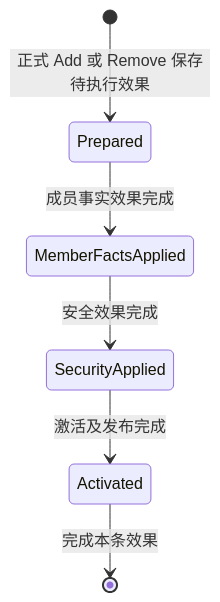
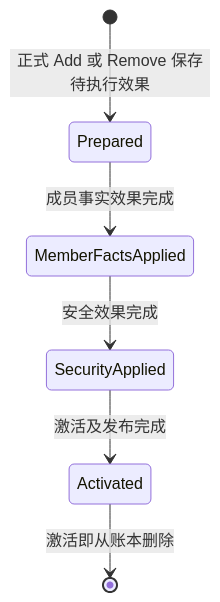
The eighth of 9 diagrams in docs/design-docs/pairing-lifecycle.md (UniClipboard/Engine), drawn with Mermaid before and after one commit. The commit also changed other lines of this file and 13 other files, not shown here.

````diff
--- a/docs/design-docs/pairing-lifecycle.md
+++ b/docs/design-docs/pairing-lifecycle.md
@@ -159,8 +159,8 @@
 ```mermaid
 stateDiagram-v2
     [*] --> Prepared : 正式 Add 或 Remove 保存待执行效果
     Prepared --> MemberFactsApplied : 成员事实效果完成
     MemberFactsApplied --> SecurityApplied : 安全效果完成
     SecurityApplied --> Activated : 激活及发布完成
-    Activated --> [*] : 完成本条效果
+    Activated --> [*] : 激活即从账本删除
 ```
````
